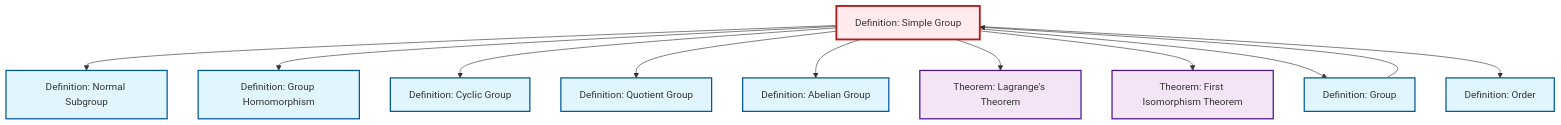
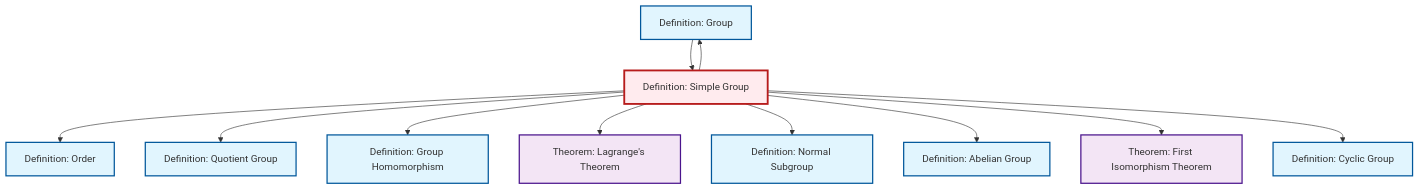
The diagram in content/ja/algebra/def-simple-group.qmd (RK0429/ModernMath), drawn with Mermaid before and after one commit. The commit also changed other lines of this file and 619 other files, not shown here.

````diff
--- a/content/ja/algebra/def-simple-group.qmd
+++ b/content/ja/algebra/def-simple-group.qmd
@@ -96,39 +96,39 @@
 ```{mermaid}
 %%| fig-cap: "Local dependency graph"
 graph TD
     classDef definition fill:#e1f5fe,stroke:#01579b,stroke-width:2px
     classDef theorem fill:#f3e5f5,stroke:#4a148c,stroke-width:2px
     classDef axiom fill:#fff3e0,stroke:#e65100,stroke-width:2px
     classDef example fill:#e8f5e9,stroke:#1b5e20,stroke-width:2px
     classDef current fill:#ffebee,stroke:#b71c1c,stroke-width:3px
+    def-normal-subgroup["Definition: Normal Subgroup"]:::definition
+    def-abelian-group["Definition: Abelian Group"]:::definition
     thm-lagrange["Theorem: Lagrange's Theorem"]:::theorem
+    def-group["Definition: Group"]:::definition
     def-cyclic-group["Definition: Cyclic Group"]:::definition
+    thm-first-isomorphism["Theorem: First Isomorphism Theorem"]:::theorem
+    def-quotient-group["Definition: Quotient Group"]:::definition
     def-order["Definition: Order"]:::definition
+    def-homomorphism["Definition: Group Homomorphism"]:::definition
     def-simple-group["Definition: Simple Group"]:::definition
-    def-homomorphism["Definition: Group Homomorphism"]:::definition
-    def-normal-subgroup["Definition: Normal Subgroup"]:::definition
-    def-quotient-group["Definition: Quotient Group"]:::definition
-    def-abelian-group["Definition: Abelian Group"]:::definition
-    thm-first-isomorphism["Theorem: First Isomorphism Theorem"]:::theorem
-    def-group["Definition: Group"]:::definition
+    def-simple-group --> def-order
+    def-simple-group --> def-quotient-group
+    def-simple-group --> def-homomorphism
+    def-simple-group --> thm-lagrange
     def-simple-group --> def-normal-subgroup
-    def-simple-group --> def-homomorphism
-    def-simple-group --> def-cyclic-group
-    def-simple-group --> def-quotient-group
     def-simple-group --> def-abelian-group
-    def-simple-group --> thm-lagrange
     def-simple-group --> thm-first-isomorphism
     def-simple-group --> def-group
     def-group --> def-simple-group
-    def-simple-group --> def-order
+    def-simple-group --> def-cyclic-group
     class def-simple-group current
+    click def-normal-subgroup "def-normal-subgroup.html" "Definition: Normal Subgroupへ"
+    click def-abelian-group "def-abelian-group.html" "Definition: Abelian Groupへ"
     click thm-lagrange "thm-lagrange.html" "Theorem: Lagrange's Theoremへ"
+    click def-group "def-group.html" "Definition: Groupへ"
     click def-cyclic-group "def-cyclic-group.html" "Definition: Cyclic Groupへ"
+    click thm-first-isomorphism "thm-first-isomorphism.html" "Theorem: First Isomorphism Theoremへ"
+    click def-quotient-group "def-quotient-group.html" "Definition: Quotient Groupへ"
     click def-order "def-order.html" "Definition: Orderへ"
     click def-homomorphism "def-homomorphism.html" "Definition: Group Homomorphismへ"
-    click def-normal-subgroup "def-normal-subgroup.html" "Definition: Normal Subgroupへ"
-    click def-quotient-group "def-quotient-group.html" "Definition: Quotient Groupへ"
-    click def-abelian-group "def-abelian-group.html" "Definition: Abelian Groupへ"
-    click thm-first-isomorphism "thm-first-isomorphism.html" "Theorem: First Isomorphism Theoremへ"
-    click def-group "def-group.html" "Definition: Groupへ"
 ```
````
